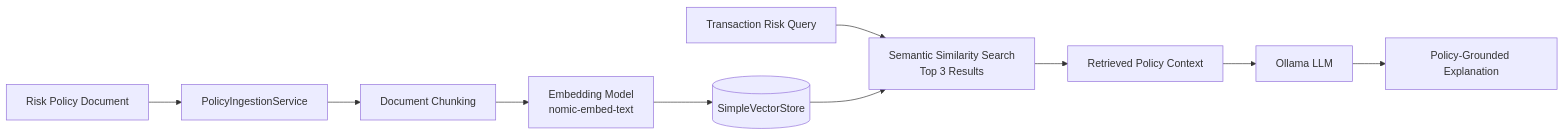
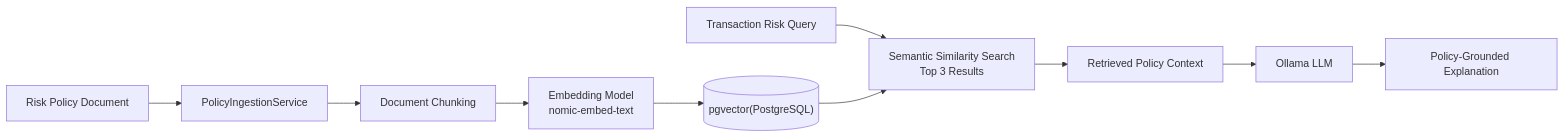
The second of 3 diagrams in README.md (S-Rane/AI-Powered-Financial-Transaction-Risk-Analysis-System), drawn with Mermaid before and after one commit. The commit also changed other lines of this file, not shown here.

````diff
--- a/README.md
+++ b/README.md
@@ -70,20 +70,20 @@
 ```mermaid
 flowchart LR
     Policy["Risk Policy Document"]
     Ingestion["PolicyIngestionService"]
     Chunk["Document Chunking"]
     Embed["Embedding Model<br/>nomic-embed-text"]
-    Store[("SimpleVectorStore")]
+    Store[("pgvector(PostgreSQL)")]
     Query["Transaction Risk Query"]
     Search["Semantic Similarity Search<br/>Top 3 Results"]
     Context["Retrieved Policy Context"]
     LLM["Ollama LLM"]
     Answer["Policy-Grounded Explanation"]
 
     Policy --> Ingestion --> Chunk --> Embed --> Store
     Query --> Search
     Store --> Search
     Search --> Context
     Context --> LLM
     LLM --> Answer
 ```
````
